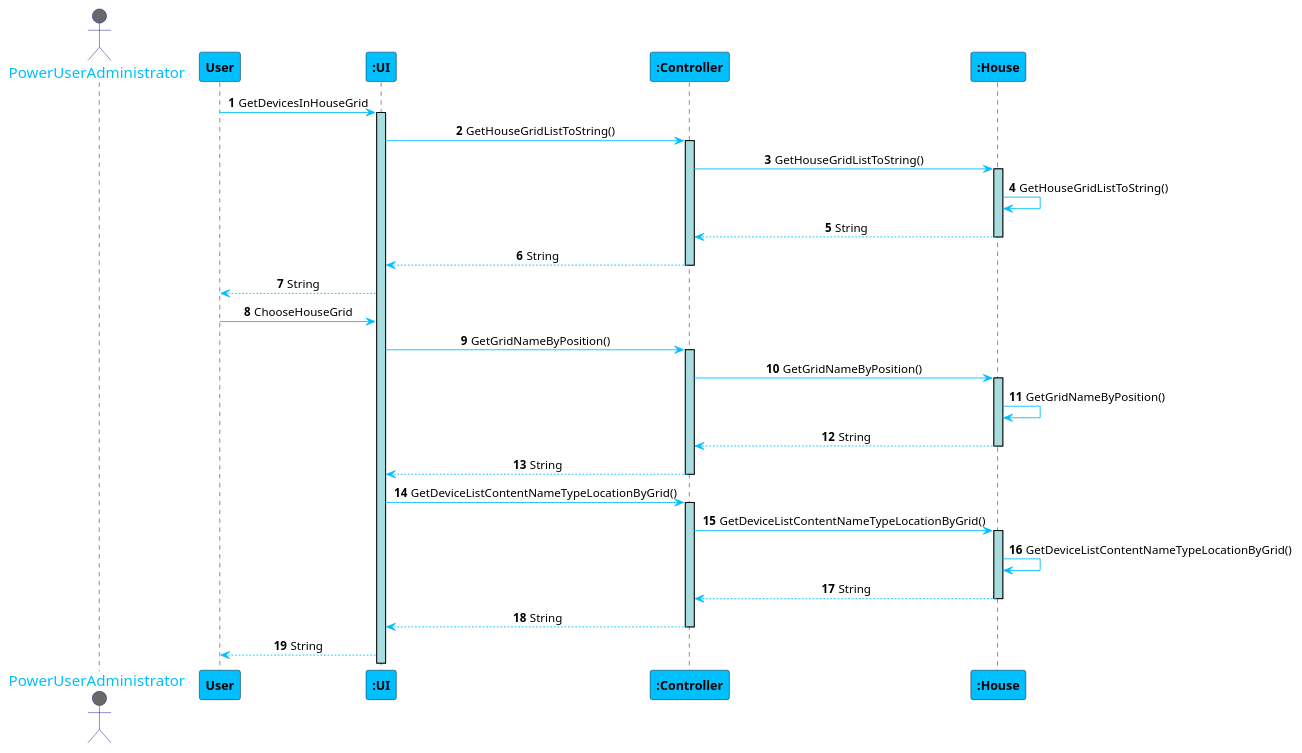
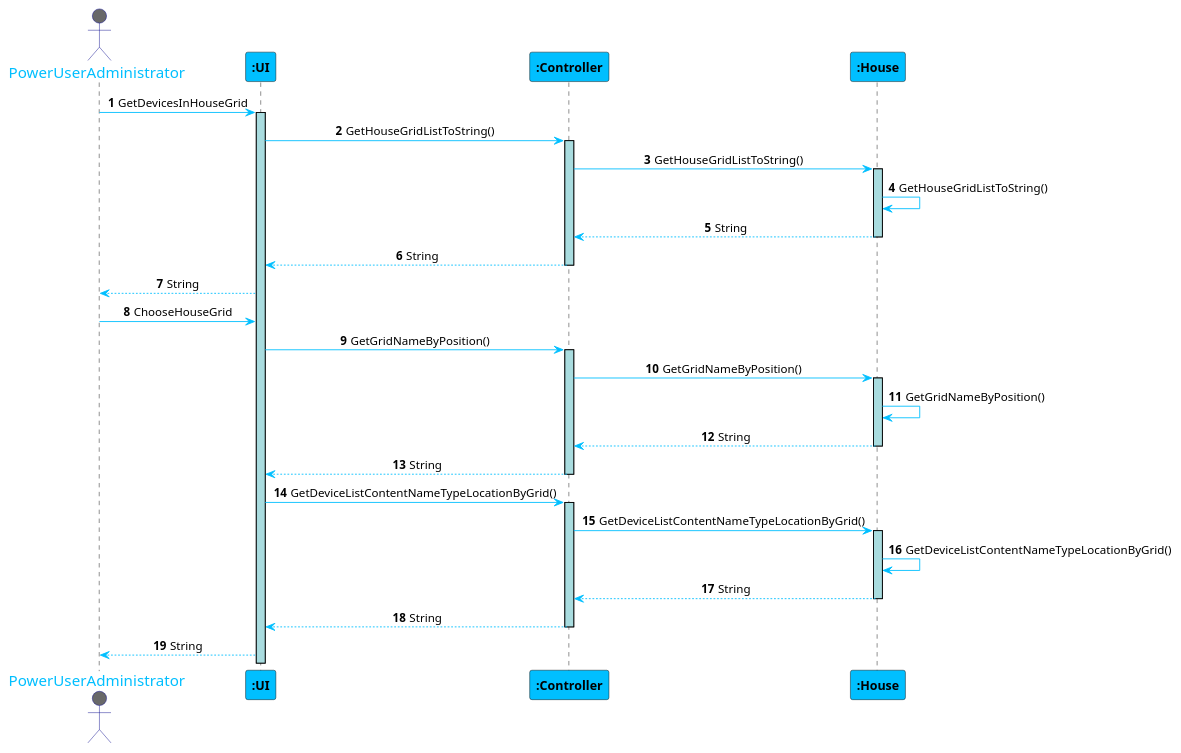
Before and after one commit to 1181687/hateoasToy: the diagram in src/Docs/Sprint2/GetDevicesInHouseGrid.puml, drawn with PlantUML.

Commit message:
alteration diagram

```diff
--- a/src/Docs/Sprint2/GetDevicesInHouseGrid.puml
+++ b/src/Docs/Sprint2/GetDevicesInHouseGrid.puml
@@ -1,56 +1,56 @@
 @startuml
 skinparam sequenceMessageAlign center
 skinparam sequence {
 	ArrowColor DeepSkyBlue
 	ActorBorderColor DarkBlue
 	LifeLineBorderColor black
 	LifeLineBackgroundColor #A9DCDF
 
 	ParticipantBorderColor Black
 	ParticipantBackgroundColor DeepSkyBlue
 	ParticipantFontStyle Bold
 
 	ActorBackgroundColor DimGrey
 	ActorFontColor DeepSkyBlue
 	ActorFontSize 17
 	ActorFontName Aapex
 }
 
 autonumber
 actor PowerUserAdministrator
-User -> ":UI": GetDevicesInHouseGrid
+PowerUserAdministrator -> ":UI": GetDevicesInHouseGrid
 activate ":UI"
 ":UI" -> ":Controller": GetHouseGridListToString()
 activate ":Controller"
 ":Controller" -> ":House": GetHouseGridListToString()
 activate ":House"
 ":House" -> ":House": GetHouseGridListToString()
 ":Controller" <-- ":House": String
 deactivate ":House"
 ":UI" <-- ":Controller": String
 deactivate ":Controller"
-User <--":UI":String
+PowerUserAdministrator <--":UI":String
 
-User -> ":UI": ChooseHouseGrid
+PowerUserAdministrator -> ":UI": ChooseHouseGrid
 ":UI" -> ":Controller": GetGridNameByPosition()
 activate ":Controller"
 ":Controller" -> ":House": GetGridNameByPosition()
 activate ":House"
 ":House" -> ":House": GetGridNameByPosition()
 ":Controller" <-- ":House": String
 deactivate ":House"
 ":UI" <-- ":Controller": String
 deactivate ":Controller"
 
 
 ":UI" -> ":Controller": GetDeviceListContentNameTypeLocationByGrid()
 activate ":Controller"
 ":Controller" -> ":House": GetDeviceListContentNameTypeLocationByGrid()
 activate ":House"
 ":House" -> ":House": GetDeviceListContentNameTypeLocationByGrid()
 ":Controller" <-- ":House": String
 deactivate ":House"
 ":UI" <-- ":Controller": String
 deactivate ":Controller"
-User <-- ":UI": String
+PowerUserAdministrator <-- ":UI": String
 @enduml
```
